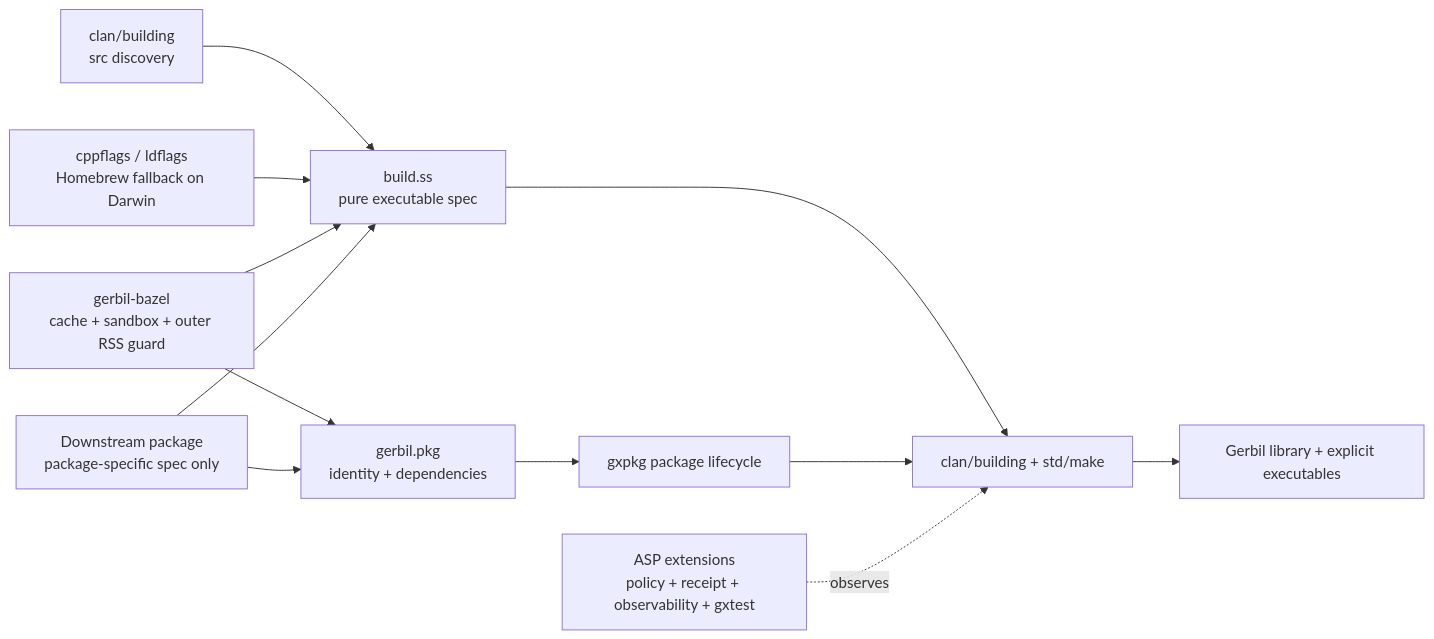
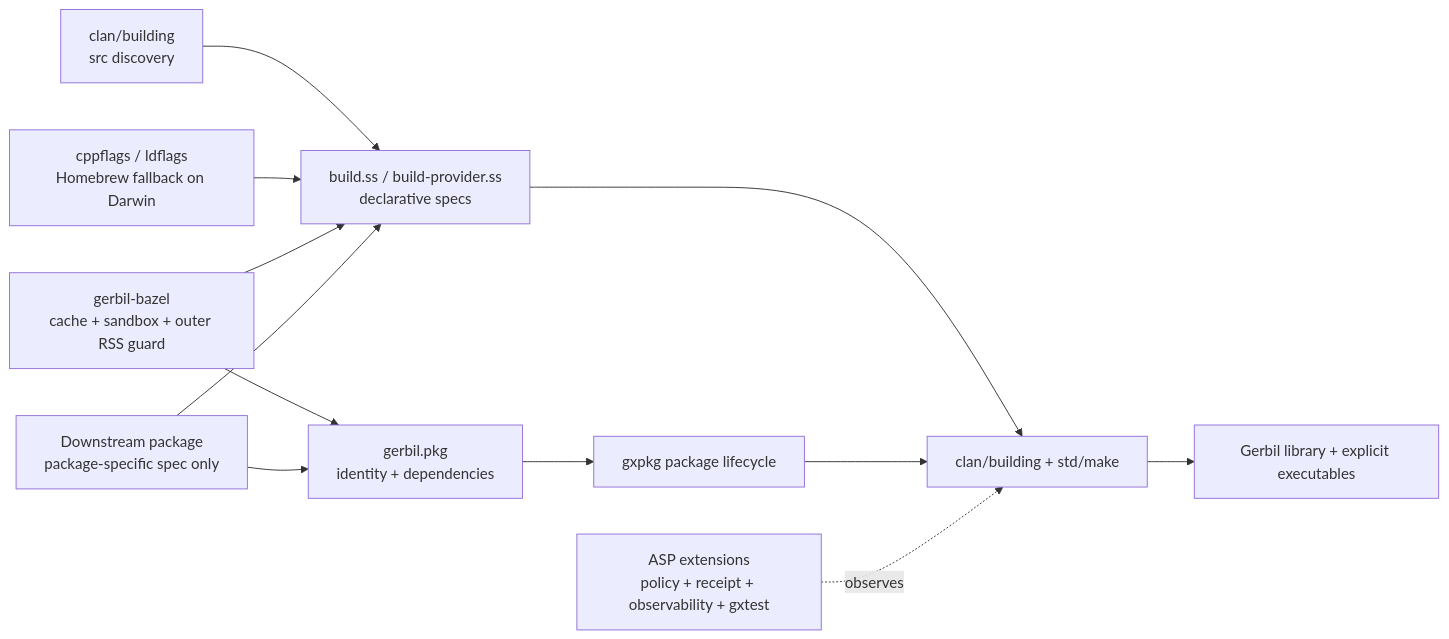
Before and after one commit to tao3k/asp-gerbil-scheme: the first of 8 diagrams in docs/30-39-building/31.07-native-gerbil-declarative-boundary.org, drawn with Mermaid. The commit also changed other lines of this file and 356 other files, not shown here.

Commit message:
refactor: close native build and policy contracts

```diff
--- a/docs/30-39-building/31.07-native-gerbil-declarative-boundary.org
+++ b/docs/30-39-building/31.07-native-gerbil-declarative-boundary.org
@@ -18,14 +19,14 @@
 #+begin_src mermaid
 flowchart LR
   Package["gerbil.pkg<br/>identity + dependencies"] --> Gxpkg["gxpkg package lifecycle"]
-  Build["build.ss<br/>pure executable spec"] --> Native["clan/building + std/make"]
+  Build["build.ss / build-provider.ss<br/>declarative specs"] --> Native["clan/building + std/make"]
   Discovery["clan/building<br/>src discovery"] --> Build
   Flags["cppflags / ldflags<br/>Homebrew fallback on Darwin"] --> Build
   Gxpkg --> Native
   Native --> Artifacts["Gerbil library + explicit executables"]
   ASP["ASP extensions<br/>policy + receipt + observability + gxtest"] -. observes .-> Native
   Bazel["gerbil-bazel<br/>cache + sandbox + outer RSS guard"] --> Package
   Bazel --> Build
   Downstream["Downstream package<br/>package-specific spec only"] --> Package
   Downstream --> Build
 #+end_src
```
